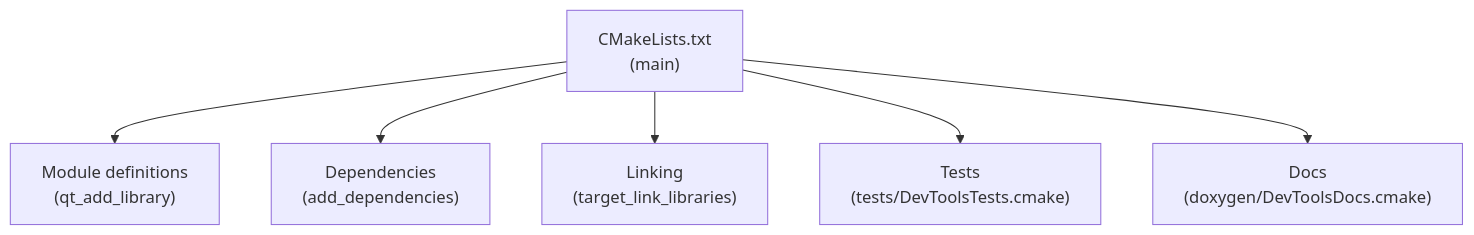
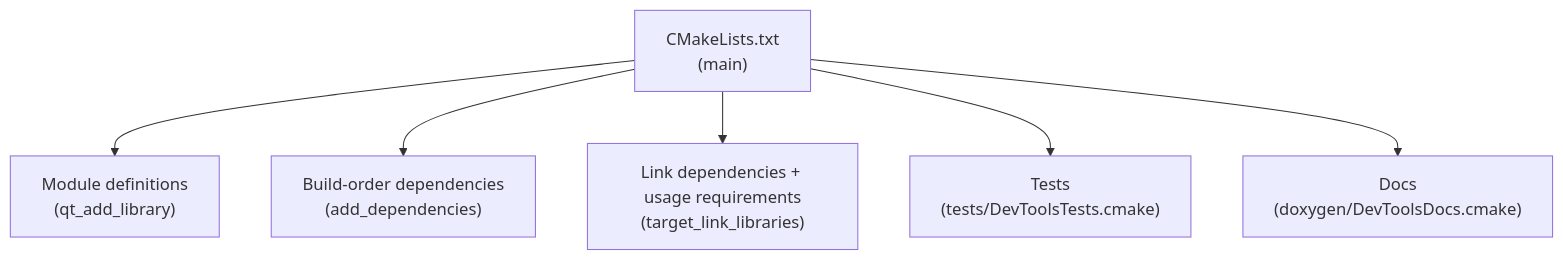
One commit to LotusAndCompany/devtools changed the sixth of 9 diagrams in docs/development/architecture.md. Above: the diagram before and after it, drawn with Mermaid. The commit also changed other lines of this file and 6 other files, not shown here.

````diff
--- a/docs/development/architecture.md
+++ b/docs/development/architecture.md
@@ -219,9 +221,9 @@
 ```mermaid
 flowchart TD
     cmake["CMakeLists.txt<br/>(main)"]
     cmake --> modules["Module definitions<br/>(qt_add_library)"]
-    cmake --> dependencies["Dependencies<br/>(add_dependencies)"]
-    cmake --> linking["Linking<br/>(target_link_libraries)"]
+    cmake --> dependencies["Build-order dependencies<br/>(add_dependencies)"]
+    cmake --> linking["Link dependencies + usage requirements<br/>(target_link_libraries)"]
     cmake --> tests["Tests<br/>(tests/DevToolsTests.cmake)"]
     cmake --> docs["Docs<br/>(doxygen/DevToolsDocs.cmake)"]
 ```
````
